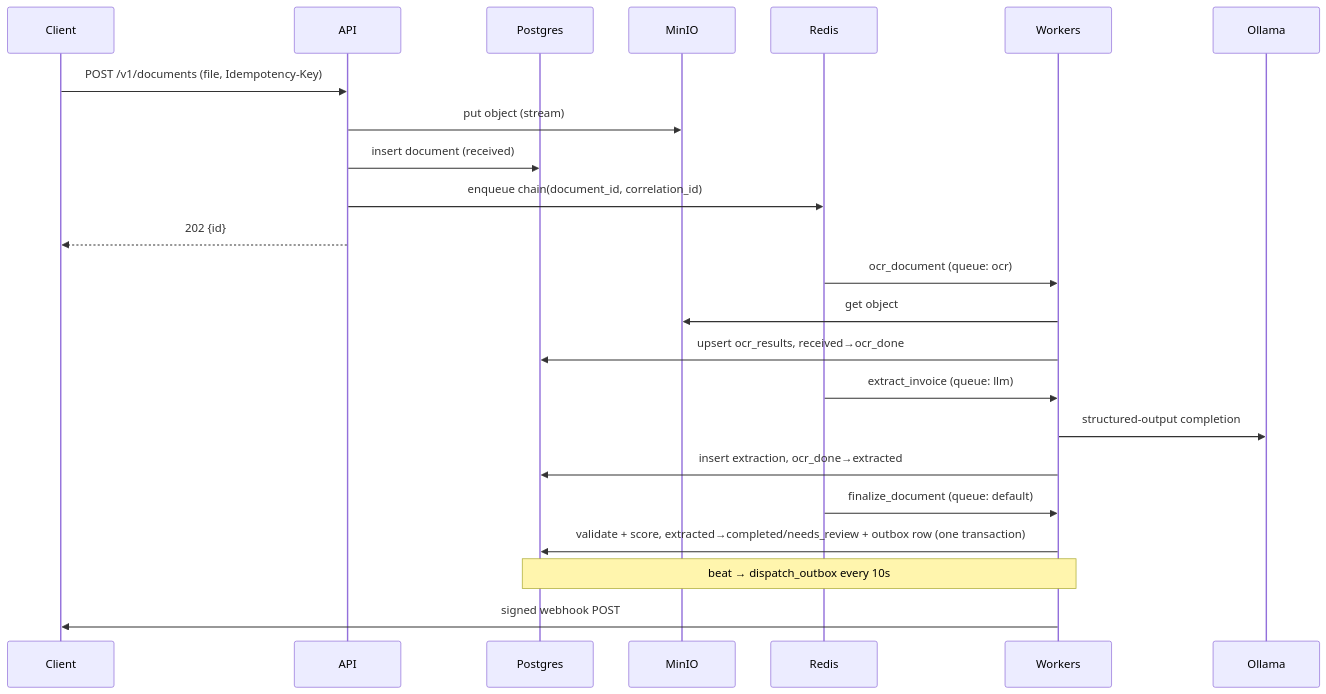
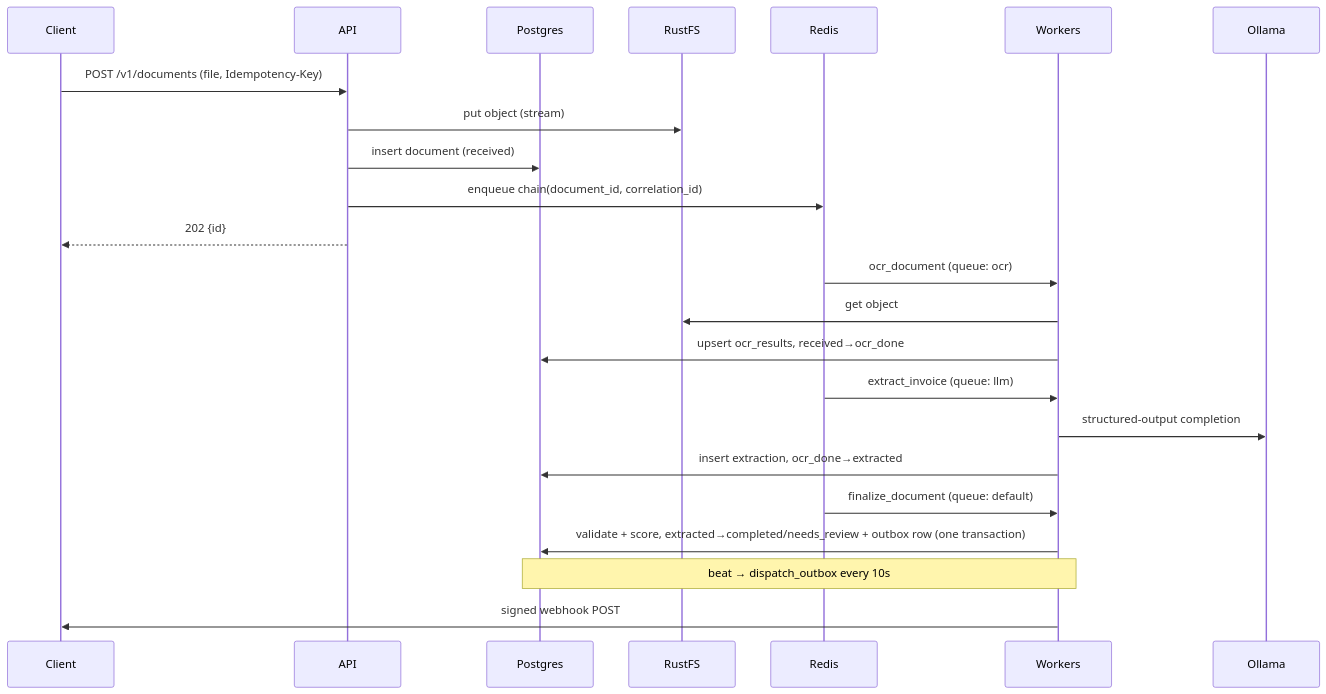
One commit to connectaliraza/sift changed the third of 3 diagrams in docs/TRD.md. Above: the diagram before and after it, drawn with Mermaid. The commit also changed other lines of this file and 73 other files, not shown here.

````diff
--- a/docs/TRD.md
+++ b/docs/TRD.md
@@ -278,26 +279,26 @@
 ```mermaid
 sequenceDiagram
     participant C as Client
     participant A as API
     participant DB as Postgres
-    participant S as MinIO
+    participant S as RustFS
     participant Q as Redis
     participant W as Workers
     participant L as Ollama
 
     C->>A: POST /v1/documents (file, Idempotency-Key)
     A->>S: put object (stream)
     A->>DB: insert document (received)
     A->>Q: enqueue chain(document_id, correlation_id)
     A-->>C: 202 {id}
     Q->>W: ocr_document (queue: ocr)
     W->>S: get object
     W->>DB: upsert ocr_results, received→ocr_done
     Q->>W: extract_invoice (queue: llm)
     W->>L: structured-output completion
     W->>DB: insert extraction, ocr_done→extracted
     Q->>W: finalize_document (queue: default)
     W->>DB: validate + score, extracted→completed/needs_review + outbox row (one transaction)
     Note over W,DB: beat → dispatch_outbox every 10s
     W->>C: signed webhook POST
 ```
````
